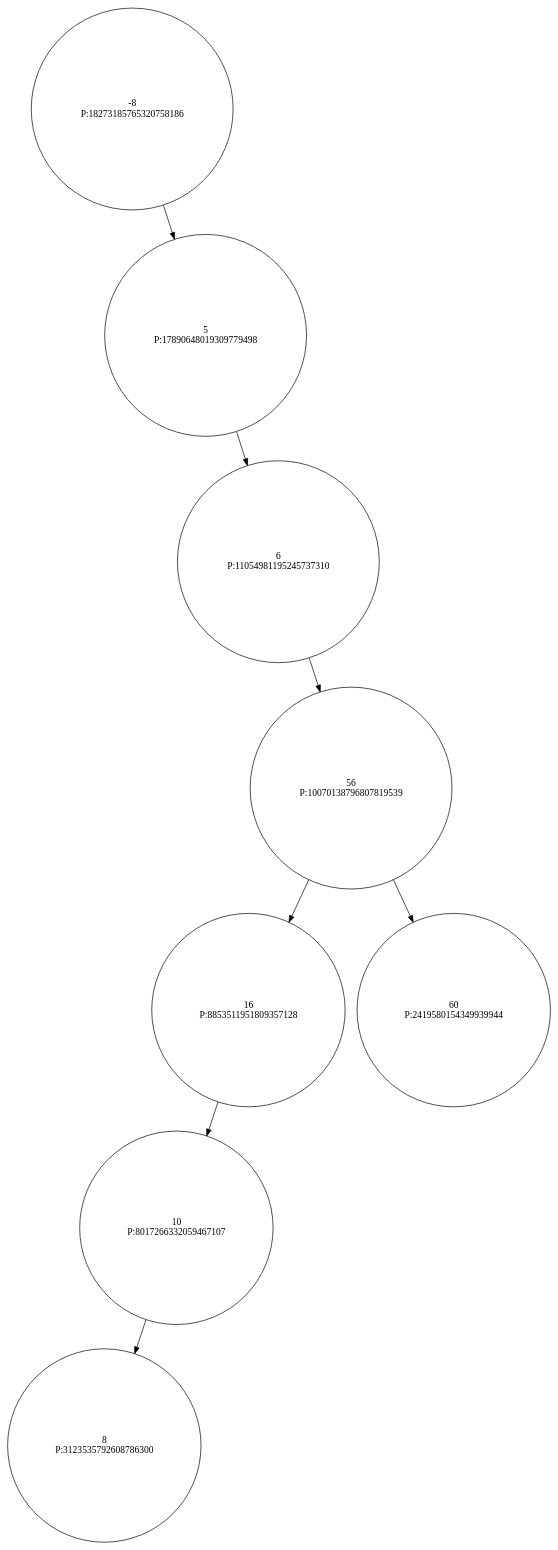
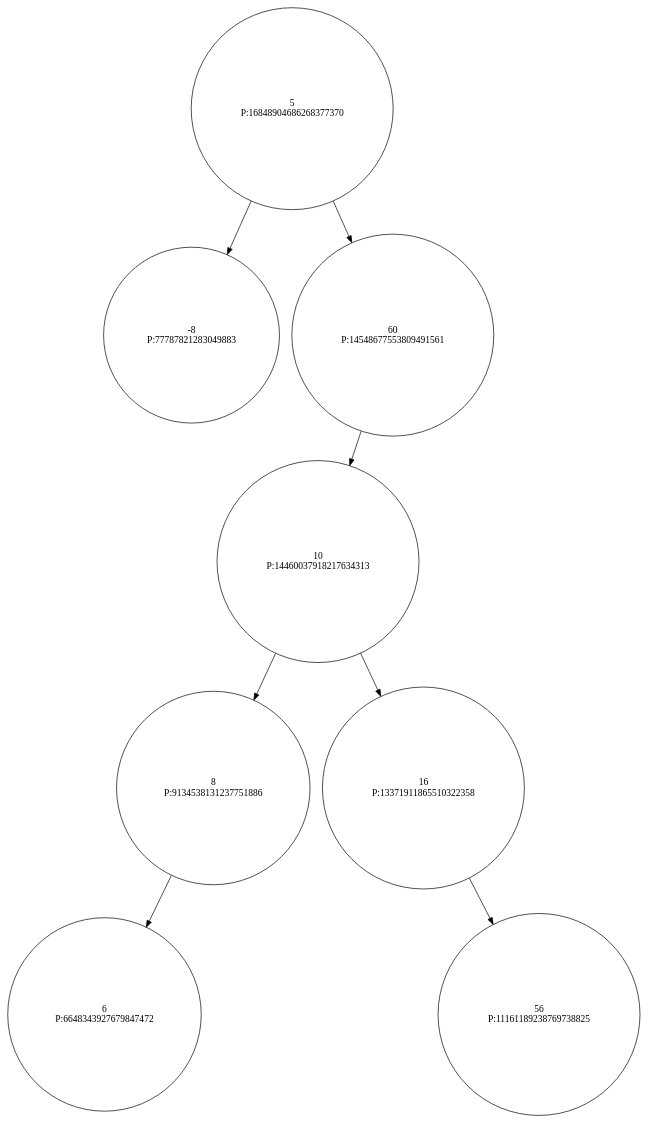
The diagram in data/output/dot/treap2.dot (Ritaa-Marie/Trabalho-Arvores-AEDES2), drawn with Graphviz before and after one commit. The commit also changed 20 other files, not shown here.

```diff
--- a/data/output/dot/treap2.dot
+++ b/data/output/dot/treap2.dot
@@ -1,28 +1,24 @@
 digraph Treap {
    node [shape=circle];
-  -8 [label="-8\nP:18273185765320758186"];
-  "null_l_-8" [style=invis];
-  "-8" -> "null_l_-8" [style=invis];
-  "-8" -> "5";
-  5 [label="5\nP:17890648019309779498"];
-  "null_l_5" [style=invis];
-  "5" -> "null_l_5" [style=invis];
-  "5" -> "6";
-  6 [label="6\nP:11054981195245737310"];
-  "null_l_6" [style=invis];
-  "6" -> "null_l_6" [style=invis];
-  "6" -> "56";
-  56 [label="56\nP:10070138796807819539"];
-  "56" -> "16";
-  16 [label="16\nP:8853511951809357128"];
-  "16" -> "10";
-  10 [label="10\nP:8017266332059467107"];
+  5 [label="5\nP:16848904686268377370"];
+  "5" -> "-8";
+  -8 [label="-8\nP:77787821283049883"];
+  "5" -> "60";
+  60 [label="60\nP:14548677553809491561"];
+  "60" -> "10";
+  10 [label="10\nP:14460037918217634313"];
   "10" -> "8";
-  8 [label="8\nP:3123535792608786300"];
-  "null_r_10" [style=invis];
-  "10" -> "null_r_10" [style=invis];
-  "null_r_16" [style=invis];
-  "16" -> "null_r_16" [style=invis];
-  "56" -> "60";
-  60 [label="60\nP:2419580154349939944"];
+  8 [label="8\nP:9134538131237751886"];
+  "8" -> "6";
+  6 [label="6\nP:6648343927679847472"];
+  "null_r_8" [style=invis];
+  "8" -> "null_r_8" [style=invis];
+  "10" -> "16";
+  16 [label="16\nP:13371911865510322358"];
+  "null_l_16" [style=invis];
+  "16" -> "null_l_16" [style=invis];
+  "16" -> "56";
+  56 [label="56\nP:11161189238769738825"];
+  "null_r_60" [style=invis];
+  "60" -> "null_r_60" [style=invis];
 }
```
